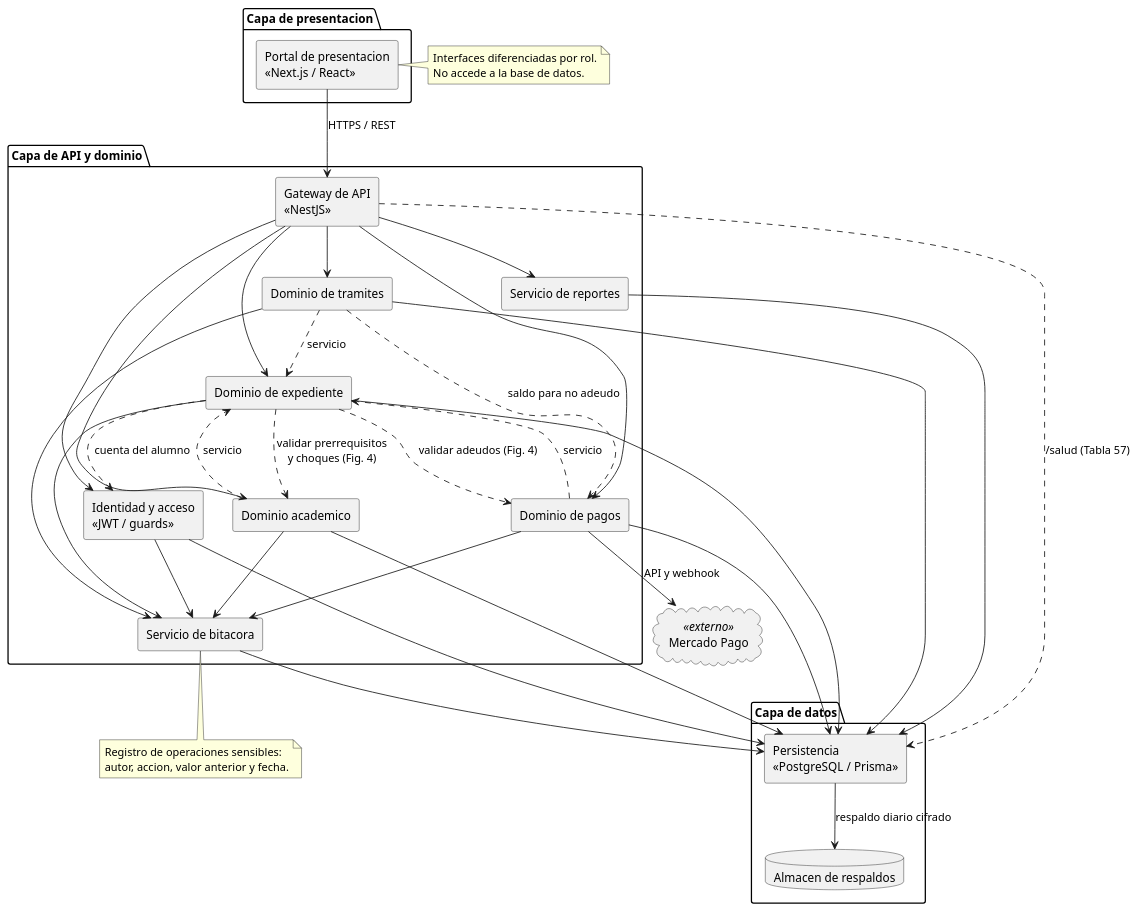
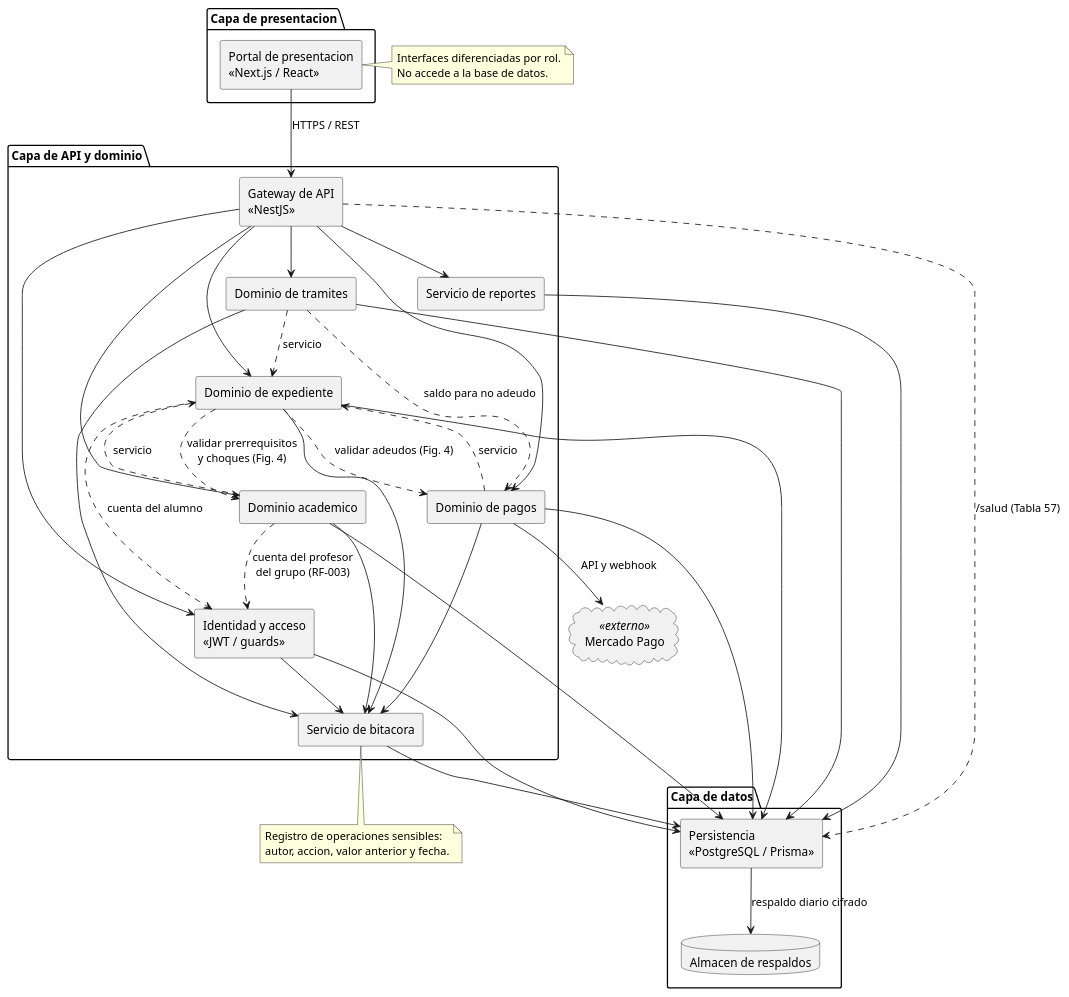
One commit to fjmp-dev/sce-control-escolar changed the diagram in docs/arquitectura/fig02-componentes.puml. Above: the diagram before and after it, drawn with PlantUML. The commit also changed 35 other files, not shown here.

```diff
--- a/docs/arquitectura/fig02-componentes.puml
+++ b/docs/arquitectura/fig02-componentes.puml
@@ -1,77 +1,78 @@
 @startuml fig02-componentes
 ' Figura 2. Diagrama de componentes UML: arquitectura logica del SCE.
 ' Fuente: SCE-MC-001 v2.0, seccion 13.2 y Tabla 28.
 ' Regla de diseno: la presentacion nunca accede a la base de datos y los
 ' dominios se comunican a traves de servicios, no de tablas compartidas.
 skinparam shadowing false
 skinparam componentStyle rectangle
 
 package "Capa de presentacion" {
   [Portal de presentacion\n<<Next.js / React>>] as PORTAL
 }
 
 package "Capa de API y dominio" {
   [Gateway de API\n<<NestJS>>] as GW
   [Identidad y acceso\n<<JWT / guards>>] as IAM
   [Dominio de expediente] as DEXP
   [Dominio academico] as DACA
   [Dominio de pagos] as DPAG
   [Dominio de tramites] as DTRA
   [Servicio de bitacora] as SBIT
   [Servicio de reportes] as SREP
 }
 
 package "Capa de datos" {
   [Persistencia\n<<PostgreSQL / Prisma>>] as PERS
   database "Almacen de respaldos" as BKP
 }
 
 cloud "Mercado Pago" as MP <<externo>>
 
 PORTAL --> GW : HTTPS / REST
 GW --> IAM
 GW --> DEXP
 GW --> DACA
 GW --> DPAG
 GW --> DTRA
 GW --> SREP
 
 DEXP --> SBIT
 DACA --> SBIT
 DPAG --> SBIT
 DTRA --> SBIT
 
 DEXP --> PERS
 DACA --> PERS
 DPAG --> PERS
 DTRA --> PERS
 SBIT --> PERS
 SREP --> PERS
 IAM --> PERS
 
 DPAG --> MP : API y webhook
 PERS --> BKP : respaldo diario cifrado
 
 DACA ..> DEXP : servicio
 DPAG ..> DEXP : servicio
 DTRA ..> DEXP : servicio
 
 ' CC-014: dependencias que ya exigen otras figuras y requisitos.
 DEXP ..> DACA : validar prerrequisitos\ny choques (Fig. 4)
 DEXP ..> DPAG : validar adeudos (Fig. 4)
 DTRA ..> DPAG : saldo para no adeudo
 IAM --> SBIT
 GW ..> PERS : /salud (Tabla 57)
 DEXP ..> IAM : cuenta del alumno
+DACA ..> IAM : cuenta del profesor\ndel grupo (RF-003)
 
 note right of PORTAL
   Interfaces diferenciadas por rol.
   No accede a la base de datos.
 end note
 
 note bottom of SBIT
   Registro de operaciones sensibles:
   autor, accion, valor anterior y fecha.
 end note
 
 @enduml
```
